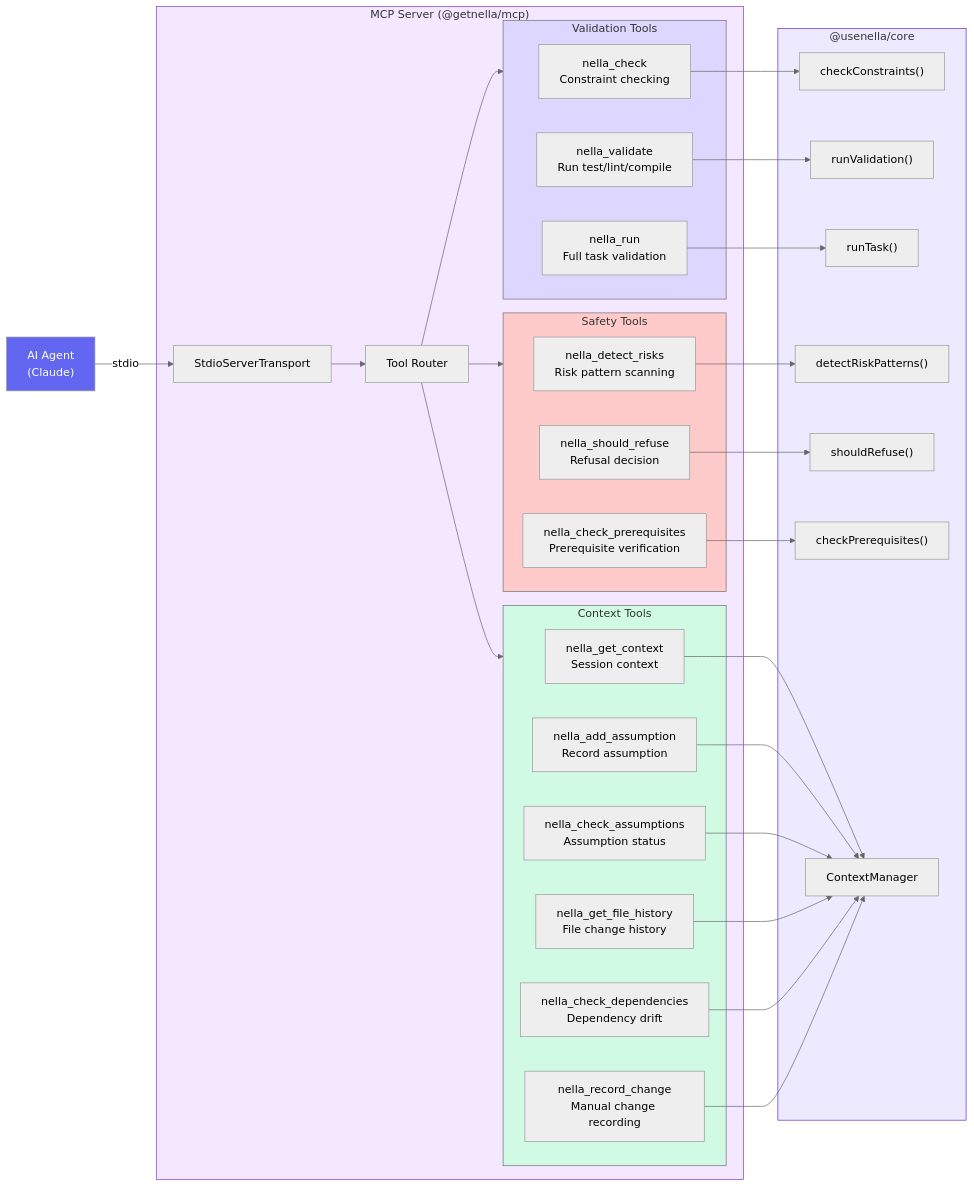
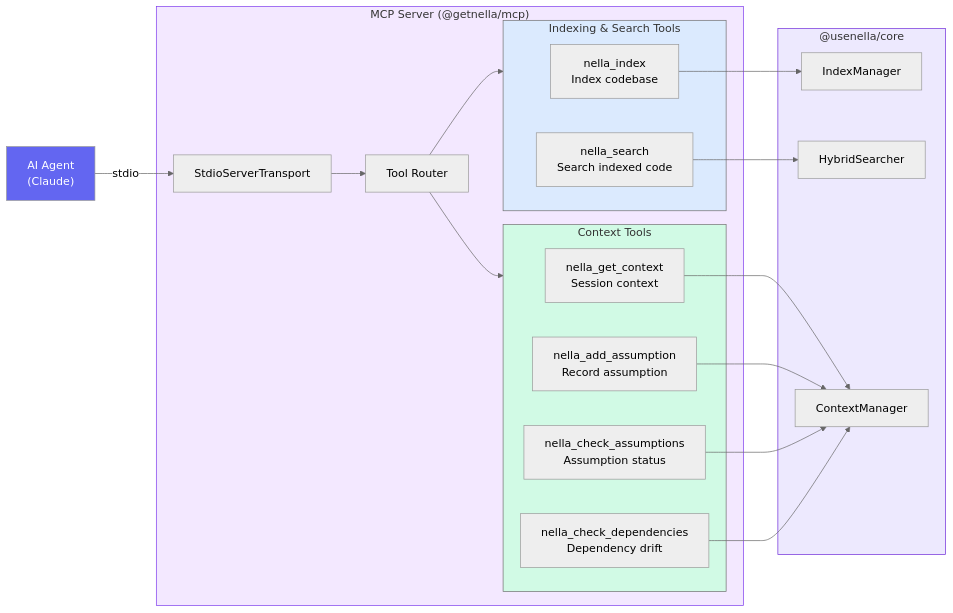
The sixth of 23 diagrams in docs/architecture.md (nella-labs/nella), drawn with Mermaid (neutral theme) before and after one commit. The commit also changed other lines of this file and 23 other files, not shown here.

````diff
--- a/docs/architecture.md
+++ b/docs/architecture.md
@@ -391,66 +323,45 @@
 ```mermaid
 graph LR
     Agent["AI Agent<br/>(Claude)"]
 
     subgraph server["MCP Server (@getnella/mcp)"]
         Transport["StdioServerTransport"]
         Router["Tool Router"]
 
-        subgraph validation_tools["Validation Tools"]
-            nella_check["nella_check<br/>Constraint checking"]
-            nella_validate["nella_validate<br/>Run test/lint/compile"]
-            nella_run["nella_run<br/>Full task validation"]
-        end
-
-        subgraph safety_tools["Safety Tools"]
-            nella_detect_risks["nella_detect_risks<br/>Risk pattern scanning"]
-            nella_should_refuse["nella_should_refuse<br/>Refusal decision"]
-            nella_check_prereqs["nella_check_prerequisites<br/>Prerequisite verification"]
+        subgraph indexing_tools["Indexing & Search Tools"]
+            nella_index["nella_index<br/>Index codebase"]
+            nella_search["nella_search<br/>Search indexed code"]
         end
 
         subgraph context_tools["Context Tools"]
             nella_get_context["nella_get_context<br/>Session context"]
             nella_add_assumption["nella_add_assumption<br/>Record assumption"]
             nella_check_assumptions["nella_check_assumptions<br/>Assumption status"]
-            nella_get_file_history["nella_get_file_history<br/>File change history"]
             nella_check_deps["nella_check_dependencies<br/>Dependency drift"]
-            nella_record_change["nella_record_change<br/>Manual change recording"]
         end
     end
 
     subgraph core["@usenella/core"]
-        checkConstraints["checkConstraints()"]
-        runValidation["runValidation()"]
-        runTask["runTask()"]
-        detectRiskPatterns["detectRiskPatterns()"]
-        shouldRefuse["shouldRefuse()"]
-        checkPrereqs["checkPrerequisites()"]
+        IndexMgr["IndexManager"]
+        HybridSearch["HybridSearcher"]
         ContextMgr["ContextManager"]
     end
 
     Agent -->|"stdio"| Transport
     Transport --> Router
-    Router --> validation_tools
-    Router --> safety_tools
+    Router --> indexing_tools
     Router --> context_tools
 
-    nella_check --> checkConstraints
-    nella_validate --> runValidation
-    nella_run --> runTask
-    nella_detect_risks --> detectRiskPatterns
-    nella_should_refuse --> shouldRefuse
-    nella_check_prereqs --> checkPrereqs
+    nella_index --> IndexMgr
+    nella_search --> HybridSearch
     nella_get_context --> ContextMgr
     nella_add_assumption --> ContextMgr
     nella_check_assumptions --> ContextMgr
-    nella_get_file_history --> ContextMgr
     nella_check_deps --> ContextMgr
-    nella_record_change --> ContextMgr
 
     style Agent fill:#6366f1,color:#fff
     style server fill:#f3e8ff,stroke:#7c3aed
-    style validation_tools fill:#ddd6fe
-    style safety_tools fill:#fecaca
+    style indexing_tools fill:#dbeafe
     style context_tools fill:#d1fae5
     style core fill:#ede9fe,stroke:#6d28d9
 ```
````
